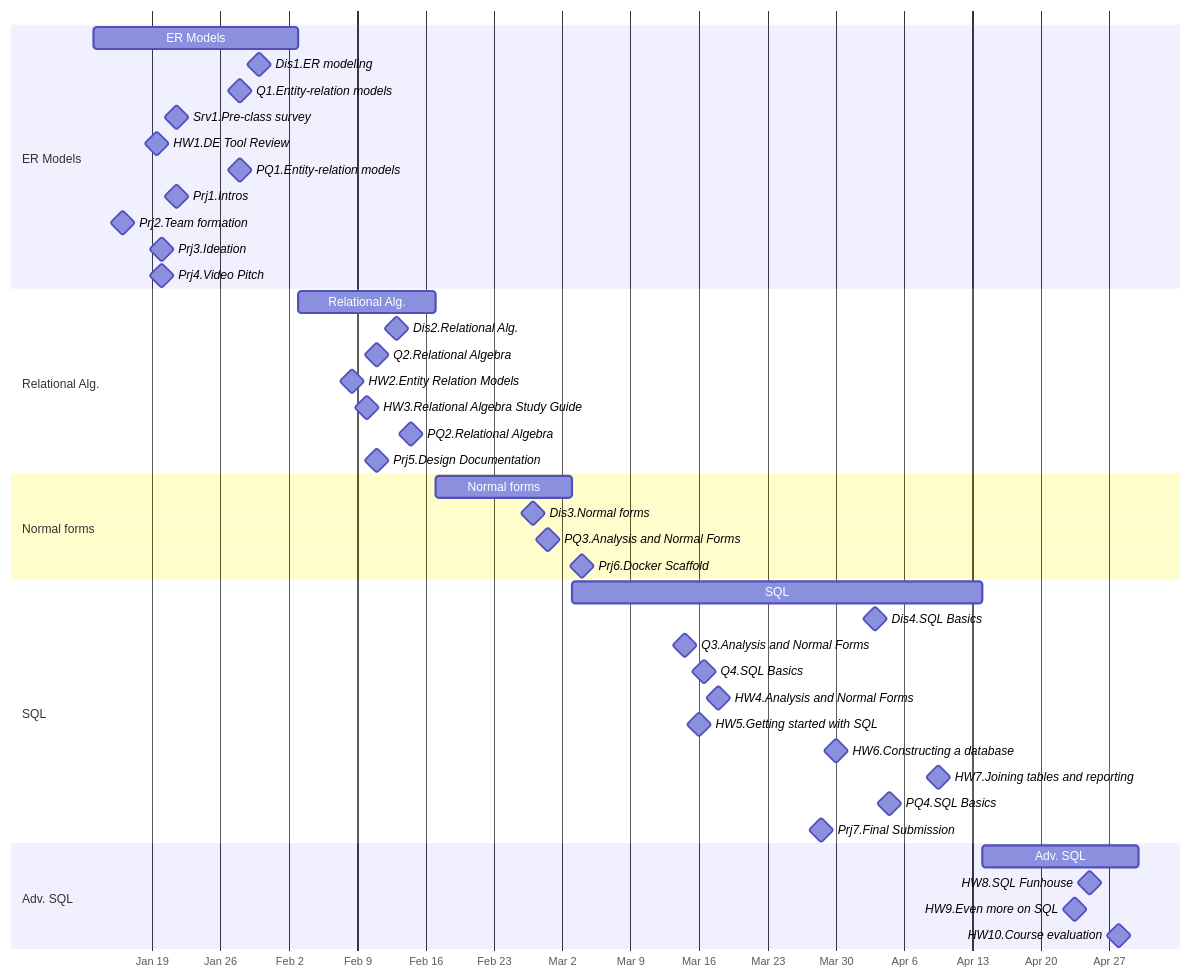
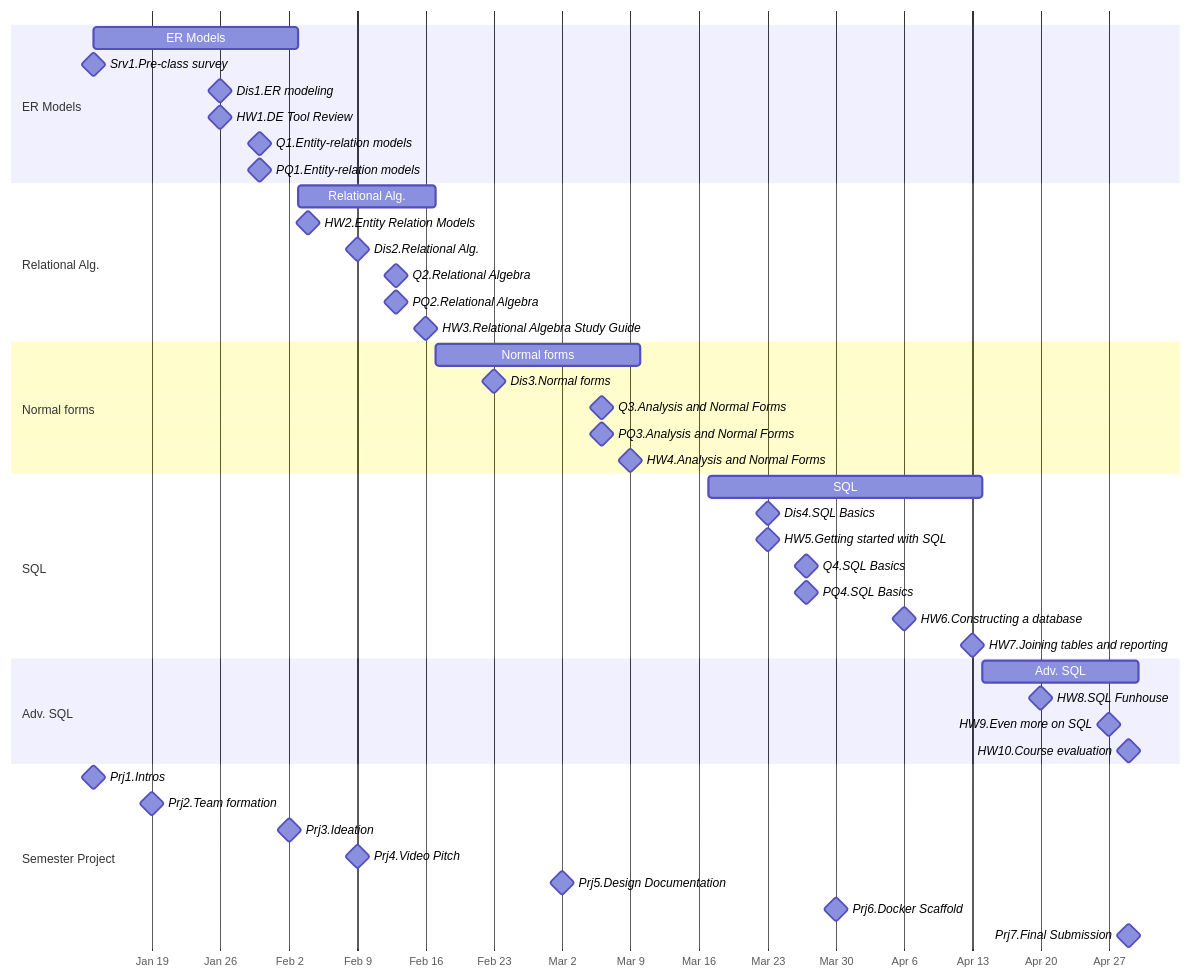
One commit to lowkeylabs/cmsc408-course-admin changed the diagram in sp2025/gantts/detailed-gantt.mmd. Above: the diagram before and after it, drawn with Mermaid. The commit also changed 4 other files, not shown here.

```diff
--- a/sp2025/gantts/detailed-gantt.mmd
+++ b/sp2025/gantts/detailed-gantt.mmd
@@ -1,49 +1,51 @@
 gantt
     dateFormat YYYY-MM-DD
     axisFormat %b %e
     todayMarker stroke-width:7px,stroke:#FFB300,opacity:0.5
 
     section ER Models
     ER Models : m1, 2025-01-13, 2025-02-03
-    Dis1.ER modeling : milestone, 2025-01-26
-    Q1.Entity-relation models : milestone, 2025-01-30
-    Srv1.Pre-class survey : milestone, 2025-01-13
-    HW1.DE Tool Review : milestone, 2025-01-26
-    PQ1.Entity-relation models : milestone, 2025-01-30
-    Prj1.Intros : milestone, 2025-01-13
-    Prj2.Team formation : milestone, 2025-01-19
-    Prj3.Ideation : milestone, 2025-01-21
-    Prj4.Video Pitch : milestone, 2025-01-19
+    Srv1.Pre-class survey : milestone, 2025-01-13, 0d
+    Dis1.ER modeling : milestone, 2025-01-26, 0d
+    HW1.DE Tool Review : milestone, 2025-01-26, 0d
+    Q1.Entity-relation models : milestone, 2025-01-30, 0d
+    PQ1.Entity-relation models : milestone, 2025-01-30, 0d
 
     section Relational Alg.
     Relational Alg. : m2, 2025-02-03, 2025-02-17
-    Dis2.Relational Alg. : milestone, 2025-02-09
-    Q2.Relational Algebra : milestone, 2025-02-13
-    HW2.Entity Relation Models : milestone, 2025-02-04
-    HW3.Relational Algebra Study Guide : milestone, 2025-02-16
-    PQ2.Relational Algebra : milestone, 2025-02-13
-    Prj5.Design Documentation : milestone, 2025-02-09
+    HW2.Entity Relation Models : milestone, 2025-02-04, 0d
+    Dis2.Relational Alg. : milestone, 2025-02-09, 0d
+    Q2.Relational Algebra : milestone, 2025-02-13, 0d
+    PQ2.Relational Algebra : milestone, 2025-02-13, 0d
+    HW3.Relational Algebra Study Guide : milestone, 2025-02-16, 0d
 
     section Normal forms
-    Normal forms : m3, 2025-02-17, 2025-03-03
-    Dis3.Normal forms : milestone, 2025-02-23
-    PQ3.Analysis and Normal Forms : milestone, 2025-03-06
-    Prj6.Docker Scaffold : milestone, 2025-03-02
+    Normal forms : m3, 2025-02-17, 2025-03-10
+    Dis3.Normal forms : milestone, 2025-02-23, 0d
+    Q3.Analysis and Normal Forms : milestone, 2025-03-06, 0d
+    PQ3.Analysis and Normal Forms : milestone, 2025-03-06, 0d
+    HW4.Analysis and Normal Forms : milestone, 2025-03-09, 0d
 
     section SQL
-    SQL : m4, 2025-03-03, 2025-04-14
-    Dis4.SQL Basics : milestone, 2025-03-23
-    Q3.Analysis and Normal Forms : milestone, 2025-03-06
-    Q4.SQL Basics : milestone, 2025-03-27
-    HW4.Analysis and Normal Forms : milestone, 2025-03-09
-    HW5.Getting started with SQL : milestone, 2025-03-23
-    HW6.Constructing a database : milestone, 2025-04-06
-    HW7.Joining tables and reporting : milestone, 2025-04-13
-    PQ4.SQL Basics : milestone, 2025-03-27
-    Prj7.Final Submission : milestone, 2025-03-30
+    SQL : m5, 2025-03-17, 2025-04-14
+    Dis4.SQL Basics : milestone, 2025-03-23, 0d
+    HW5.Getting started with SQL : milestone, 2025-03-23, 0d
+    Q4.SQL Basics : milestone, 2025-03-27, 0d
+    PQ4.SQL Basics : milestone, 2025-03-27, 0d
+    HW6.Constructing a database : milestone, 2025-04-06, 0d
+    HW7.Joining tables and reporting : milestone, 2025-04-13, 0d
 
     section Adv. SQL
     Adv. SQL : m6, 2025-04-14, 2025-04-30
-    HW8.SQL Funhouse : milestone, 2025-04-20
-    HW9.Even more on SQL : milestone, 2025-04-27
-    HW10.Course evaluation : milestone, 2025-04-29
+    HW8.SQL Funhouse : milestone, 2025-04-20, 0d
+    HW9.Even more on SQL : milestone, 2025-04-27, 0d
+    HW10.Course evaluation : milestone, 2025-04-29, 0d
+
+    section Semester Project
+    Prj1.Intros : milestone, 2025-01-13, 0d
+    Prj2.Team formation : milestone, 2025-01-19, 0d
+    Prj3.Ideation : milestone, 2025-02-02, 0d
+    Prj4.Video Pitch : milestone, 2025-02-09, 0d
+    Prj5.Design Documentation : milestone, 2025-03-02, 0d
+    Prj6.Docker Scaffold : milestone, 2025-03-30, 0d
+    Prj7.Final Submission : milestone, 2025-04-29, 0d
```
